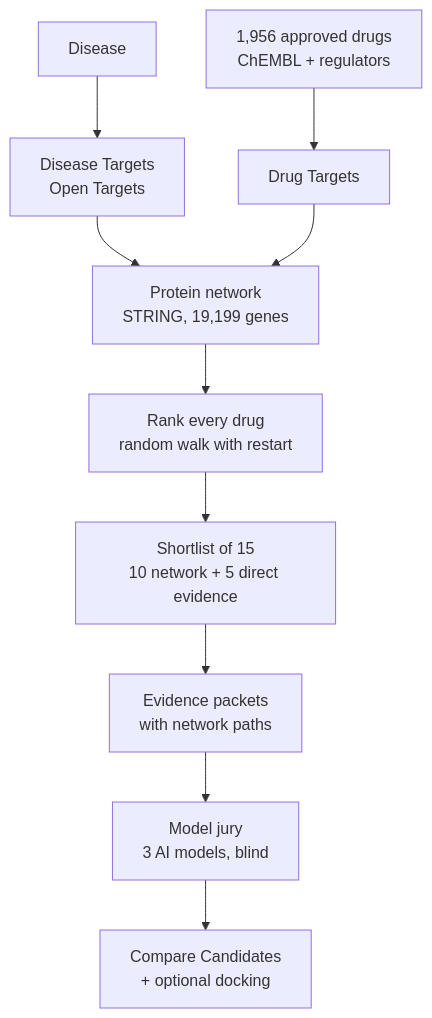
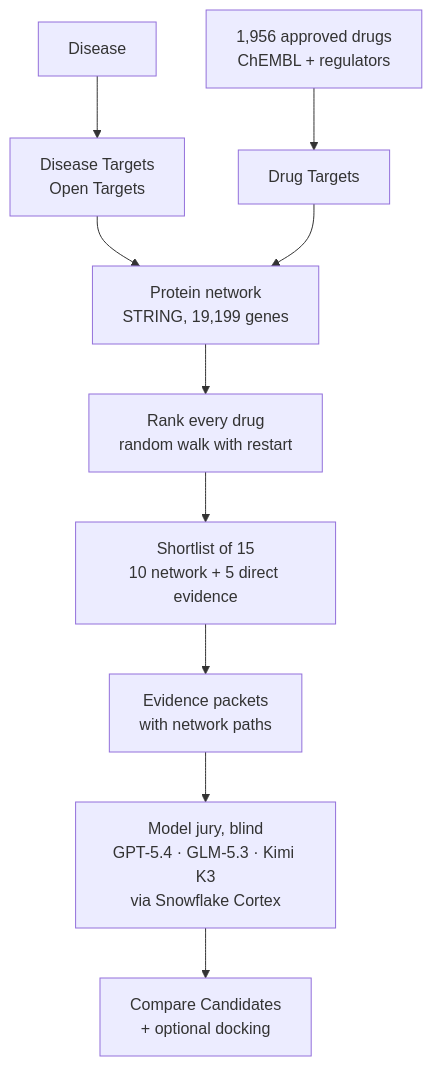
Before and after one commit to Abudidayo/ai-drug-discovery: the diagram in README.md, drawn with Mermaid. The commit also changed other lines of this file, not shown here.

Commit message:
Name the jury models in the diagram and add the live demo link

````diff
--- a/README.md
+++ b/README.md
@@ -11,12 +13,12 @@
 ```mermaid
 flowchart TD
     A["Disease"] --> B["Disease Targets<br/>Open Targets"]
     C["1,956 approved drugs<br/>ChEMBL + regulators"] --> D["Drug Targets"]
     B --> E["Protein network<br/>STRING, 19,199 genes"]
     D --> E
     E --> F["Rank every drug<br/>random walk with restart"]
     F --> G["Shortlist of 15<br/>10 network + 5 direct evidence"]
     G --> H["Evidence packets<br/>with network paths"]
-    H --> I["Model jury<br/>3 AI models, blind"]
+    H --> I["Model jury, blind<br/>GPT-5.4 · GLM-5.3 · Kimi K3<br/>via Snowflake Cortex"]
     I --> J["Compare Candidates<br/>+ optional docking"]
 ```
````
